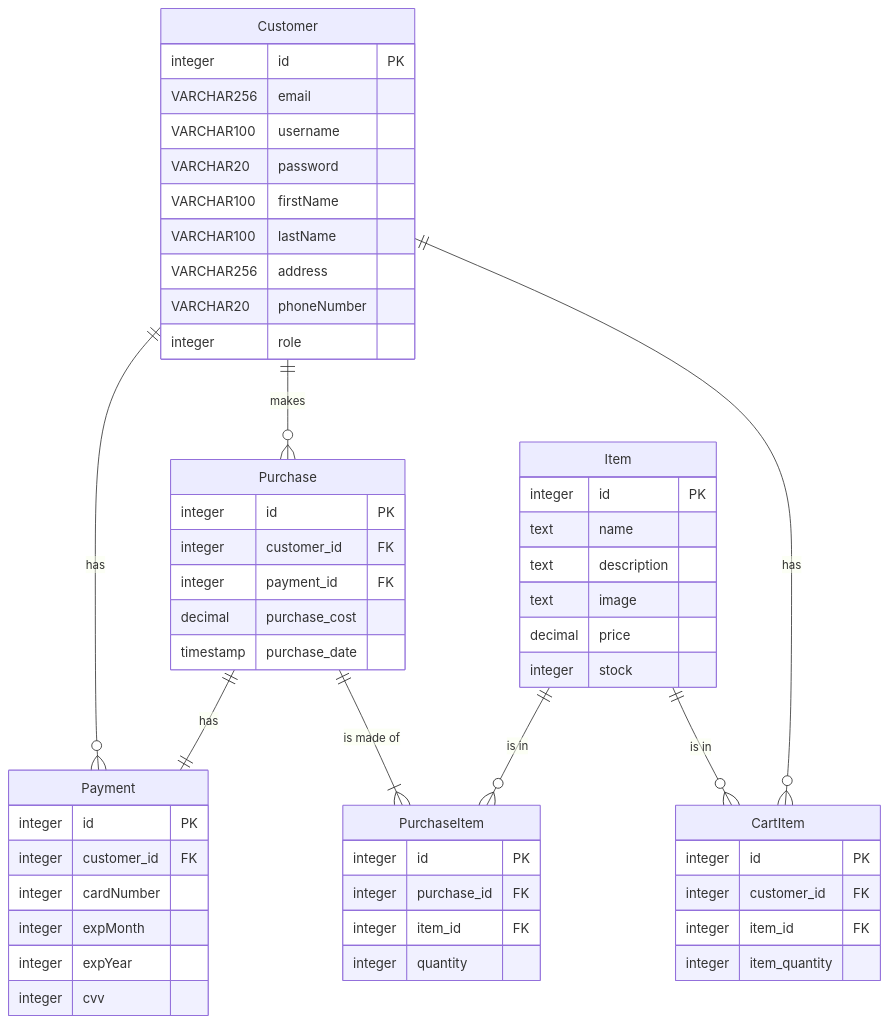
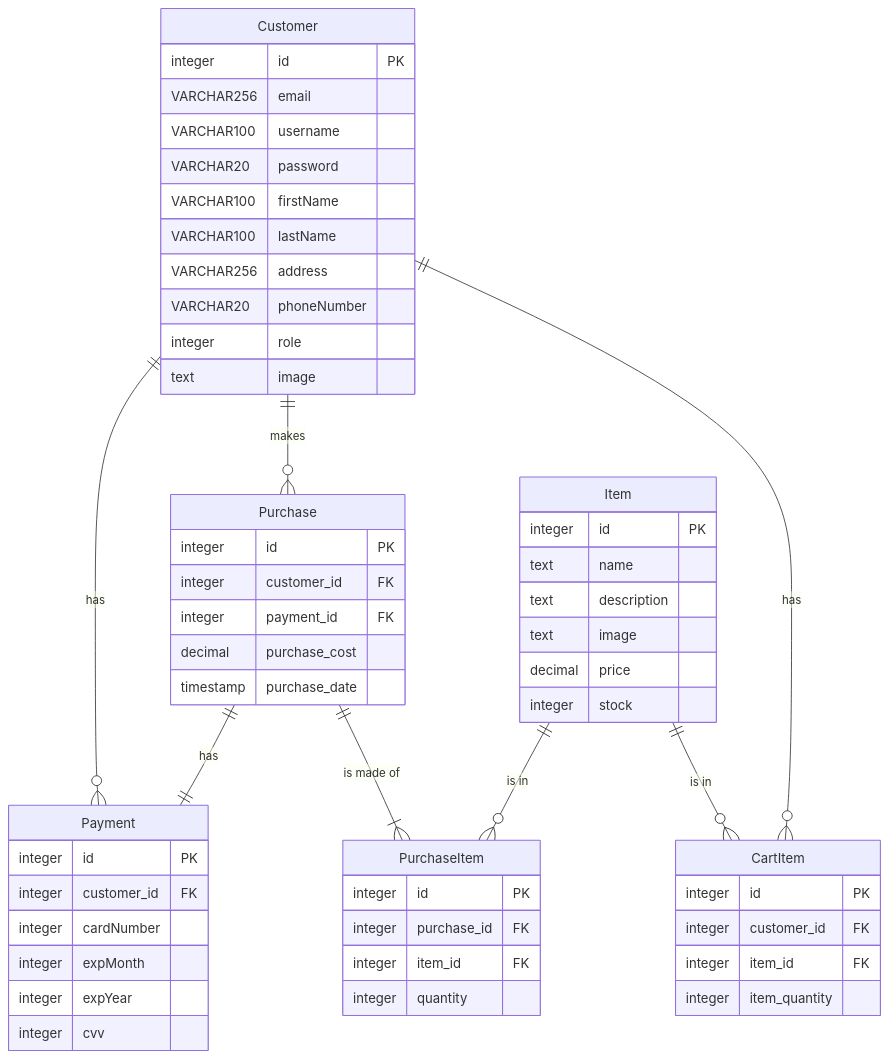
The diagram in ecommerce/erd.md (vulnerability-shop/documentation), drawn with Mermaid before and after one commit.

Commit message:
added image to customer

````diff
--- a/ecommerce/erd.md
+++ b/ecommerce/erd.md
@@ -3,64 +3,65 @@
 ```mermaid
 %%{init: { 'theme': 'default' } }%%
 
 erDiagram
     Customer || -- }o Payment : "has"
     Customer || -- }o Purchase  : "makes"
     Purchase || -- || Payment : "has"
     Purchase || -- }| PurchaseItem : "is made of"
     Item || -- }o PurchaseItem : "is in"
     Item || -- }o CartItem : "is in"
     Customer || -- }o CartItem : "has"
 
     Customer {
         integer id PK
         VARCHAR256 email
         VARCHAR100 username
         VARCHAR20 password
         VARCHAR100 firstName
         VARCHAR100 lastName
         VARCHAR256 address
         VARCHAR20 phoneNumber
         integer role
+        text image
     }
 
     Payment {
         integer id PK
         integer customer_id FK
         integer cardNumber
         integer expMonth
         integer expYear
         integer cvv
     }
 
     Item {
         integer id PK
         text name
         text description
         text image
         decimal price
         integer stock
     }
 
     CartItem {
         integer id PK
         integer customer_id FK
         integer item_id FK
         integer item_quantity
     }
 
     Purchase {
         integer id PK
         integer customer_id FK
         integer payment_id FK
         decimal purchase_cost
         timestamp purchase_date
     }
 
     PurchaseItem {
         integer id PK
         integer purchase_id FK
         integer item_id FK
         integer quantity
     }
 ```
````
